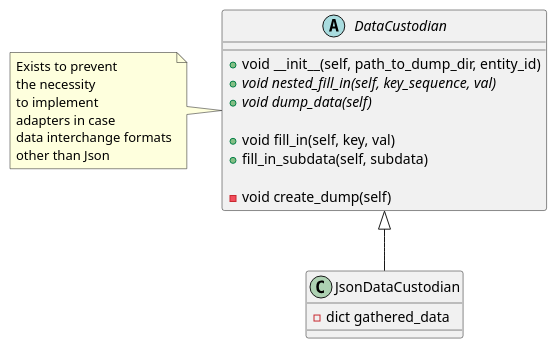
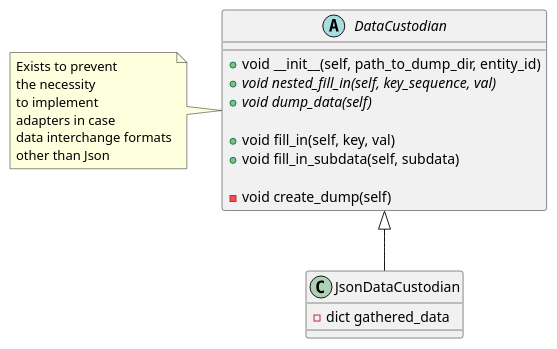
The diagram in Interface/CmdLineIF/DataCustodian/Class_DataCustodian.puml (IgorZhiltsoff/TPy_project), drawn with PlantUML before and after one commit. The commit also changed 17 other files, not shown here.

```diff
--- a/Interface/CmdLineIF/DataCustodian/Class_DataCustodian.puml
+++ b/Interface/CmdLineIF/DataCustodian/Class_DataCustodian.puml
@@ -1,30 +1,30 @@
 @startuml
 'https://plantuml.com/class-diagram
 
 abstract class DataCustodian {
     +void __init__(self, path_to_dump_dir, entity_id)
     +{abstract} void nested_fill_in(self, key_sequence, val)
     +{abstract} void dump_data(self)
 
     +void fill_in(self, key, val)
-    +fill_in_subdata(self, subdata)
+    +void fill_in_subdata(self, subdata)
 
     -void create_dump(self)
 }
 
 note left of DataCustodian
 Exists to prevent
 the necessity
 to implement
 adapters in case
 data interchange formats
 other than Json
 end note
 
 class JsonDataCustodian {
     -dict gathered_data
 }
 
 DataCustodian <|-- JsonDataCustodian
 
 @enduml
```
